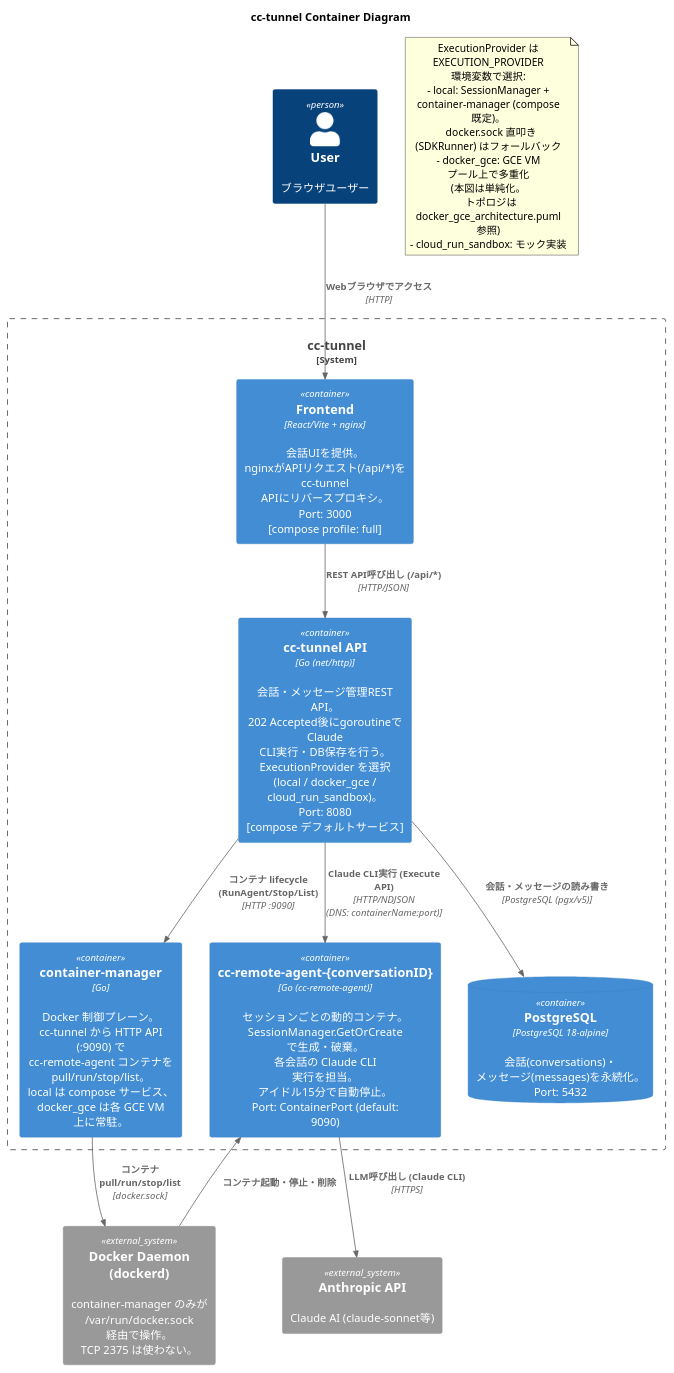
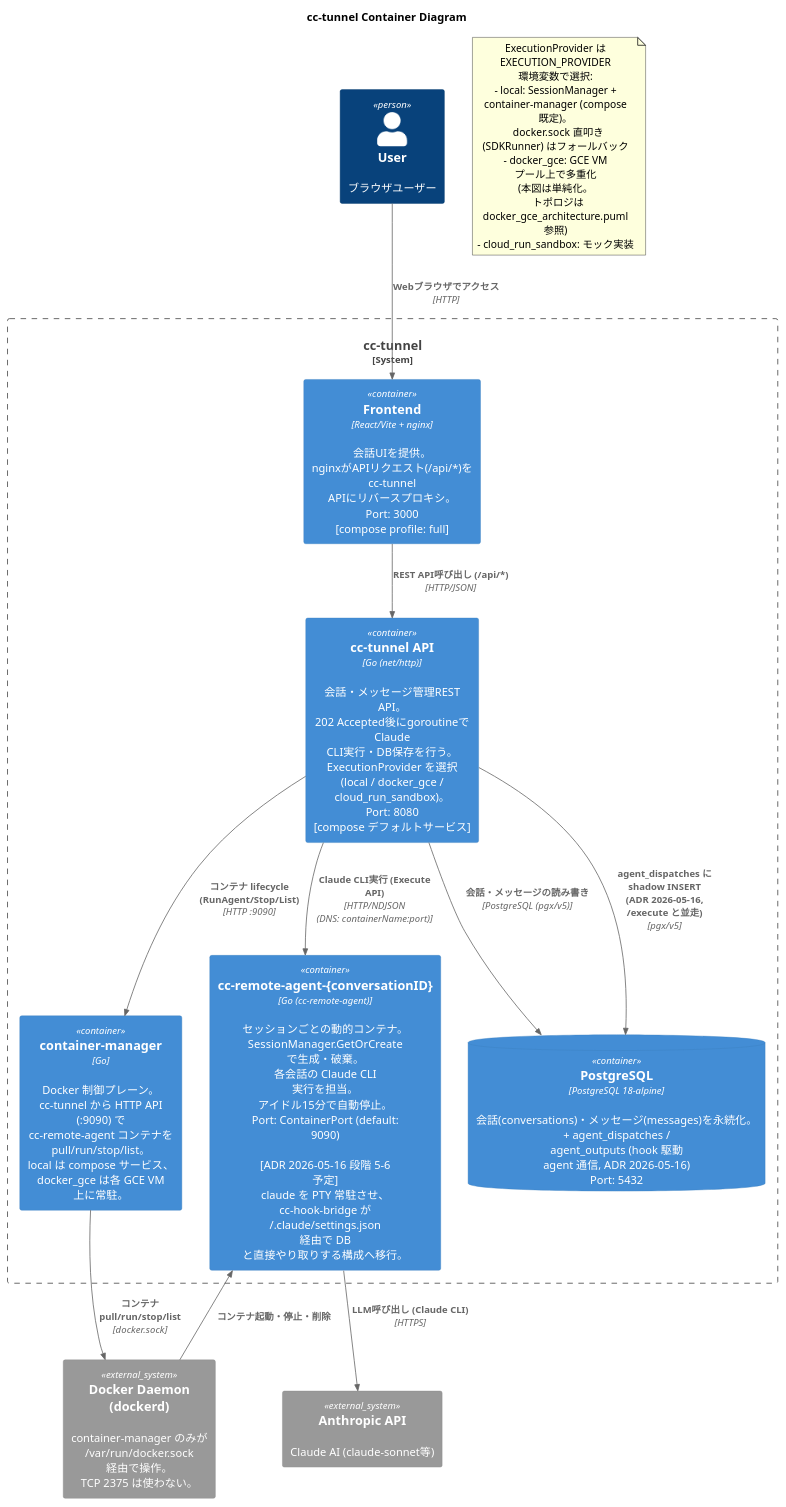
The diagram in docs/plantuml/c4_container.puml (pollenjp/cc-tunnel), drawn with PlantUML before and after one commit. The commit also changed 12 other files, not shown here.

First line of the commit message:
docs: reflect ADR 2026-05-16 across docs/**/* and plantuml

```diff
--- a/docs/plantuml/c4_container.puml
+++ b/docs/plantuml/c4_container.puml
@@ -1,41 +1,42 @@
 @startuml c4_container
 ' Level 2: Container
 !include https://raw.githubusercontent.com/plantuml-stdlib/C4-PlantUML/master/C4_Container.puml
 
 title cc-tunnel Container Diagram
 
 Person(user, "User", "ブラウザユーザー")
 System_Ext(anthropic, "Anthropic API", "Claude AI (claude-sonnet等)")
 System_Ext(docker_daemon, "Docker Daemon (dockerd)", "container-manager のみが\n/var/run/docker.sock 経由で操作。\nTCP 2375 は使わない。")
 
 System_Boundary(cctunnel_system, "cc-tunnel") {
   Container(frontend, "Frontend", "React/Vite + nginx", "会話UIを提供。\nnginxがAPIリクエスト(/api/*)を\ncc-tunnel APIにリバースプロキシ。\nPort: 3000\n[compose profile: full]")
 
   Container(api, "cc-tunnel API", "Go (net/http)", "会話・メッセージ管理REST API。\n202 Accepted後にgoroutineで\nClaude CLI実行・DB保存を行う。\nExecutionProvider を選択\n(local / docker_gce / cloud_run_sandbox)。\nPort: 8080\n[compose デフォルトサービス]")
 
   Container(cm, "container-manager", "Go", "Docker 制御プレーン。\ncc-tunnel から HTTP API (:9090) で\ncc-remote-agent コンテナを pull/run/stop/list。\nlocal は compose サービス、\ndocker_gce は各 GCE VM 上に常駐。")
 
-  Container(session_agent, "cc-remote-agent-{conversationID}", "Go (cc-remote-agent)", "セッションごとの動的コンテナ。\nSessionManager.GetOrCreate で生成・破棄。\n各会話の Claude CLI 実行を担当。\nアイドル15分で自動停止。\nPort: ContainerPort (default: 9090)")
+  Container(session_agent, "cc-remote-agent-{conversationID}", "Go (cc-remote-agent)", "セッションごとの動的コンテナ。\nSessionManager.GetOrCreate で生成・破棄。\n各会話の Claude CLI 実行を担当。\nアイドル15分で自動停止。\nPort: ContainerPort (default: 9090)\n\n[ADR 2026-05-16 段階 5-6 予定]\nclaude を PTY 常駐させ、\ncc-hook-bridge が ~/.claude/settings.json\n経由で DB と直接やり取りする構成へ移行。")
 
-  ContainerDb(db, "PostgreSQL", "PostgreSQL 18-alpine", "会話(conversations)・\nメッセージ(messages)を永続化。\nPort: 5432")
+  ContainerDb(db, "PostgreSQL", "PostgreSQL 18-alpine", "会話(conversations)・メッセージ(messages)を永続化。\n+ agent_dispatches / agent_outputs (hook 駆動 agent 通信, ADR 2026-05-16)\nPort: 5432")
 }
 
 Rel(user, frontend, "Webブラウザでアクセス", "HTTP")
 Rel(frontend, api, "REST API呼び出し (/api/*)", "HTTP/JSON")
 Rel(api, db, "会話・メッセージの読み書き", "PostgreSQL (pgx/v5)")
 Rel(api, cm, "コンテナ lifecycle\n(RunAgent/Stop/List)", "HTTP :9090")
 Rel(cm, docker_daemon, "コンテナ pull/run/stop/list", "docker.sock")
 Rel(docker_daemon, session_agent, "コンテナ起動・停止・削除")
 Rel(api, session_agent, "Claude CLI実行 (Execute API)", "HTTP/NDJSON\n(DNS: containerName:port)")
+Rel(api, db, "agent_dispatches に shadow INSERT\n(ADR 2026-05-16, /execute と並走)", "pgx/v5")
 Rel(session_agent, anthropic, "LLM呼び出し (Claude CLI)", "HTTPS")
 
 note as n_provider
   ExecutionProvider は EXECUTION_PROVIDER 環境変数で選択:
   - local: SessionManager + container-manager (compose 既定)。
     docker.sock 直叩き (SDKRunner) はフォールバック
   - docker_gce: GCE VM プール上で多重化 (本図は単純化。
     トポロジは docker_gce_architecture.puml 参照)
   - cloud_run_sandbox: モック実装
 end note
 
 @enduml
```
